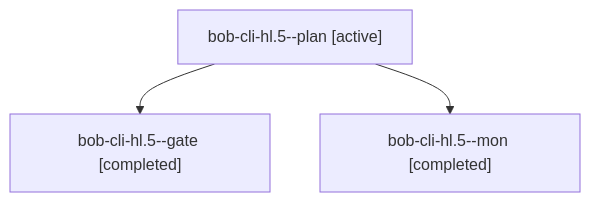
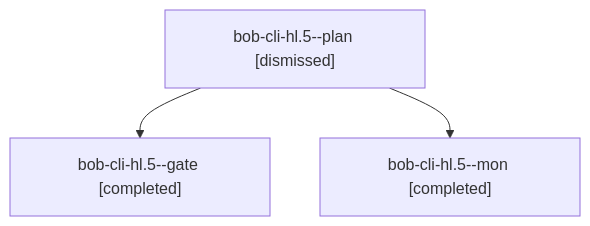
Before and after one commit to bobs-org/bob-cli--agents: the diagram in sessions/bbugyi200.athena.bob-cli-hl.5.md, drawn with Mermaid. The commit also changed other lines of this file and 84 other files, not shown here.

````diff
--- a/sessions/bbugyi200.athena.bob-cli-hl.5.md
+++ b/sessions/bbugyi200.athena.bob-cli-hl.5.md
@@ -9,8 +9,8 @@
 ```mermaid
 flowchart TD
-  n0["bob-cli-hl.5--plan [active]"]
+  n0["bob-cli-hl.5--plan [dismissed]"]
   n1["bob-cli-hl.5--gate [completed]"]
   n0 --> n1
   n2["bob-cli-hl.5--mon [completed]"]
   n0 --> n2
 ```
````
